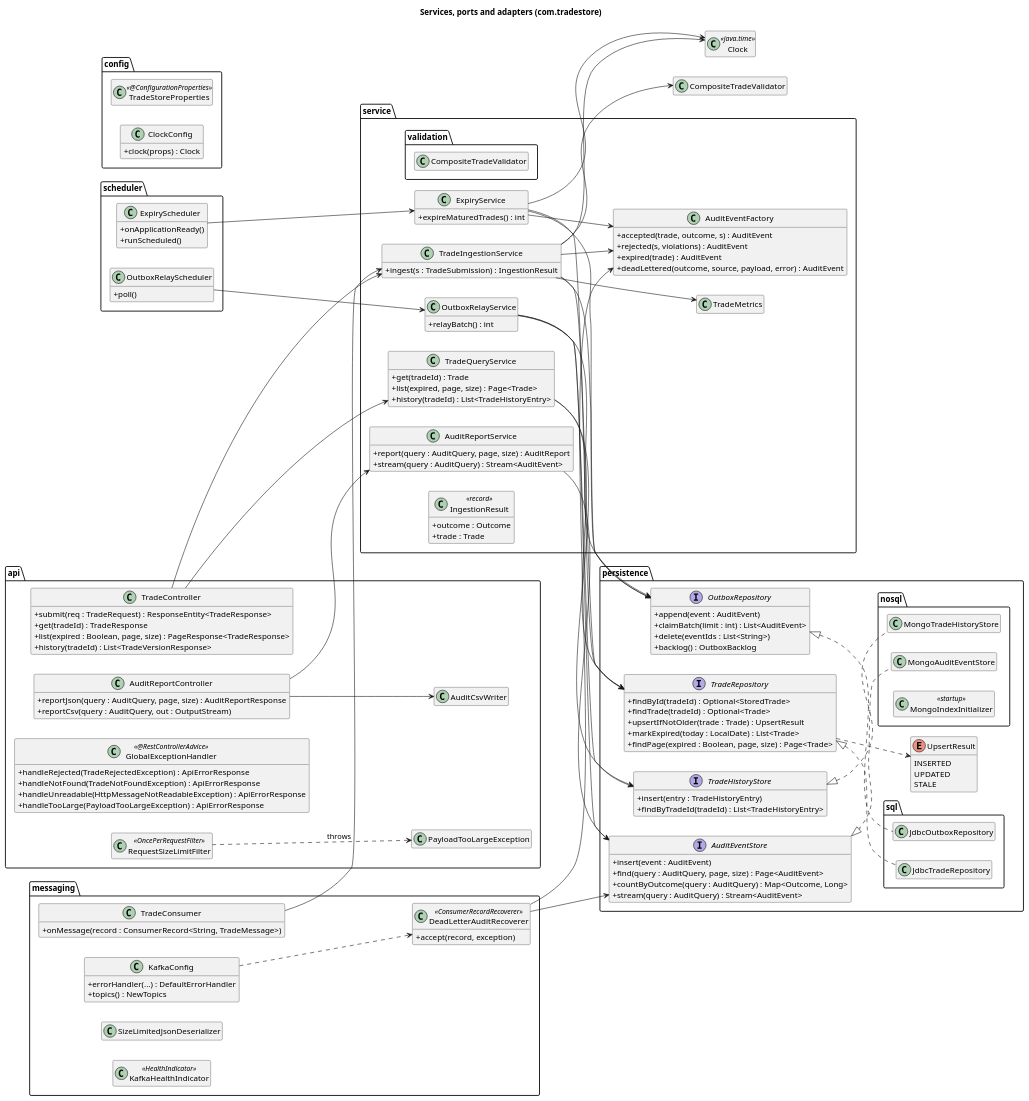
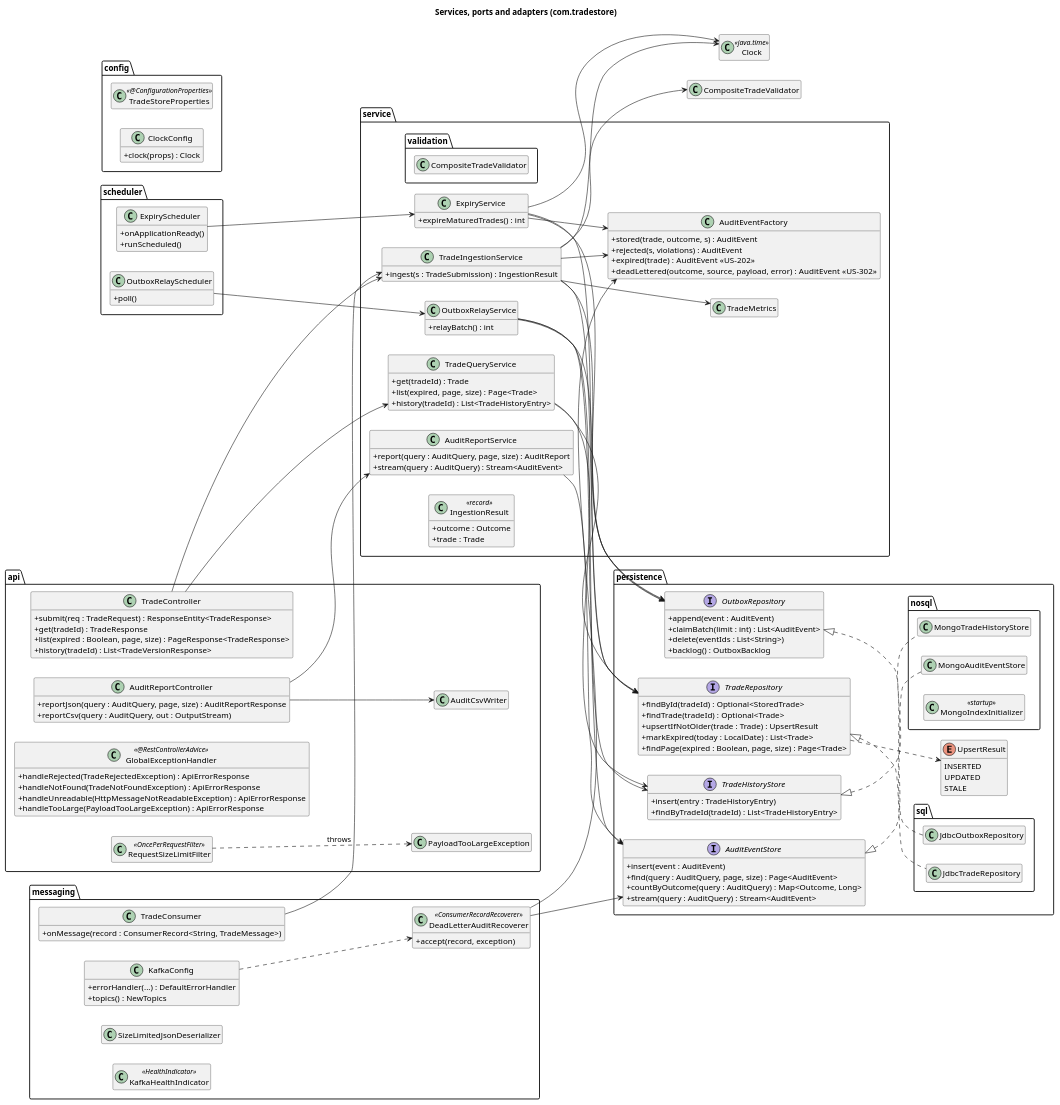
One commit to kuldipkumar/Trade-store changed the diagram in docs/diagrams/05-class-components.puml. Above: the diagram before and after it, drawn with PlantUML. The commit also changed 7 other files, not shown here.

```diff
--- a/docs/diagrams/05-class-components.puml
+++ b/docs/diagrams/05-class-components.puml
@@ -1,175 +1,175 @@
 @startuml 05-class-components
 title Services, ports and adapters (com.tradestore)
 
 skinparam classAttributeIconSize 0
 hide empty members
 left to right direction
 
 package "api" {
   class TradeController {
     + submit(req : TradeRequest) : ResponseEntity<TradeResponse>
     + get(tradeId) : TradeResponse
     + list(expired : Boolean, page, size) : PageResponse<TradeResponse>
     + history(tradeId) : List<TradeVersionResponse>
   }
   class AuditReportController {
     + reportJson(query : AuditQuery, page, size) : AuditReportResponse
     + reportCsv(query : AuditQuery, out : OutputStream)
   }
   class GlobalExceptionHandler <<@RestControllerAdvice>> {
     + handleRejected(TradeRejectedException) : ApiErrorResponse
     + handleNotFound(TradeNotFoundException) : ApiErrorResponse
     + handleUnreadable(HttpMessageNotReadableException) : ApiErrorResponse
     + handleTooLarge(PayloadTooLargeException) : ApiErrorResponse
   }
   class RequestSizeLimitFilter <<OncePerRequestFilter>>
   class AuditCsvWriter
   class PayloadTooLargeException
   RequestSizeLimitFilter ..> PayloadTooLargeException : throws
 }
 
 package "messaging" {
   class TradeConsumer {
     + onMessage(record : ConsumerRecord<String, TradeMessage>)
   }
   class KafkaConfig {
     + errorHandler(...) : DefaultErrorHandler
     + topics() : NewTopics
   }
   class SizeLimitedJsonDeserializer
   class DeadLetterAuditRecoverer <<ConsumerRecordRecoverer>> {
     + accept(record, exception)
   }
   class KafkaHealthIndicator <<HealthIndicator>>
 }
 
 package "service" {
   class TradeIngestionService {
     + ingest(s : TradeSubmission) : IngestionResult
   }
   class TradeQueryService {
     + get(tradeId) : Trade
     + list(expired, page, size) : Page<Trade>
     + history(tradeId) : List<TradeHistoryEntry>
   }
   class ExpiryService {
     + expireMaturedTrades() : int
   }
   class OutboxRelayService {
     + relayBatch() : int
   }
   class AuditReportService {
     + report(query : AuditQuery, page, size) : AuditReport
     + stream(query : AuditQuery) : Stream<AuditEvent>
   }
   class AuditEventFactory {
-    + accepted(trade, outcome, s) : AuditEvent
+    + stored(trade, outcome, s) : AuditEvent
     + rejected(s, violations) : AuditEvent
-    + expired(trade) : AuditEvent
-    + deadLettered(outcome, source, payload, error) : AuditEvent
+    + expired(trade) : AuditEvent  <<US-202>>
+    + deadLettered(outcome, source, payload, error) : AuditEvent  <<US-302>>
   }
   class TradeMetrics
   class IngestionResult <<record>> {
     + outcome : Outcome
     + trade : Trade
   }
 }
 
 package "persistence" {
   interface TradeRepository {
     + findById(tradeId) : Optional<StoredTrade>
     + findTrade(tradeId) : Optional<Trade>
     + upsertIfNotOlder(trade : Trade) : UpsertResult
     + markExpired(today : LocalDate) : List<Trade>
     + findPage(expired : Boolean, page, size) : Page<Trade>
   }
   enum UpsertResult {
     INSERTED
     UPDATED
     STALE
   }
   interface OutboxRepository {
     + append(event : AuditEvent)
     + claimBatch(limit : int) : List<AuditEvent>
     + delete(eventIds : List<String>)
     + backlog() : OutboxBacklog
   }
   interface AuditEventStore {
     + insert(event : AuditEvent)
     + find(query : AuditQuery, page, size) : Page<AuditEvent>
     + countByOutcome(query : AuditQuery) : Map<Outcome, Long>
     + stream(query : AuditQuery) : Stream<AuditEvent>
   }
   interface TradeHistoryStore {
     + insert(entry : TradeHistoryEntry)
     + findByTradeId(tradeId) : List<TradeHistoryEntry>
   }
 
   package "sql" {
     class JdbcTradeRepository
     class JdbcOutboxRepository
   }
   package "nosql" {
     class MongoAuditEventStore
     class MongoTradeHistoryStore
     class MongoIndexInitializer <<startup>>
   }
 }
 
 package "scheduler" {
   class ExpiryScheduler {
     + onApplicationReady()
     + runScheduled()
   }
   class OutboxRelayScheduler {
     + poll()
   }
 }
 
 package "config" {
   class TradeStoreProperties <<@ConfigurationProperties>>
   class ClockConfig {
     + clock(props) : Clock
   }
 }
 
 TradeController --> TradeIngestionService
 TradeController --> TradeQueryService
 AuditReportController --> AuditReportService
 AuditReportController --> AuditCsvWriter
 TradeConsumer --> TradeIngestionService
 KafkaConfig ..> DeadLetterAuditRecoverer
 DeadLetterAuditRecoverer --> AuditEventStore
 DeadLetterAuditRecoverer --> AuditEventFactory
 
 TradeIngestionService --> CompositeTradeValidator
 TradeIngestionService --> TradeRepository
 TradeIngestionService --> OutboxRepository
 TradeIngestionService --> AuditEventFactory
 TradeIngestionService --> TradeMetrics
 TradeIngestionService --> Clock
 TradeQueryService --> TradeRepository
 TradeQueryService --> TradeHistoryStore
 ExpiryService --> TradeRepository
 ExpiryService --> OutboxRepository
 ExpiryService --> AuditEventFactory
 ExpiryService --> Clock
 OutboxRelayService --> OutboxRepository
 OutboxRelayService --> AuditEventStore
 OutboxRelayService --> TradeHistoryStore
 AuditReportService --> AuditEventStore
 ExpiryScheduler --> ExpiryService
 OutboxRelayScheduler --> OutboxRelayService
 
 TradeRepository <|.. JdbcTradeRepository
 OutboxRepository <|.. JdbcOutboxRepository
 AuditEventStore <|.. MongoAuditEventStore
 TradeHistoryStore <|.. MongoTradeHistoryStore
 TradeRepository ..> UpsertResult
 
 package "service.validation" {
   class CompositeTradeValidator
 }
 class Clock <<java.time>>
 
 @enduml
```
